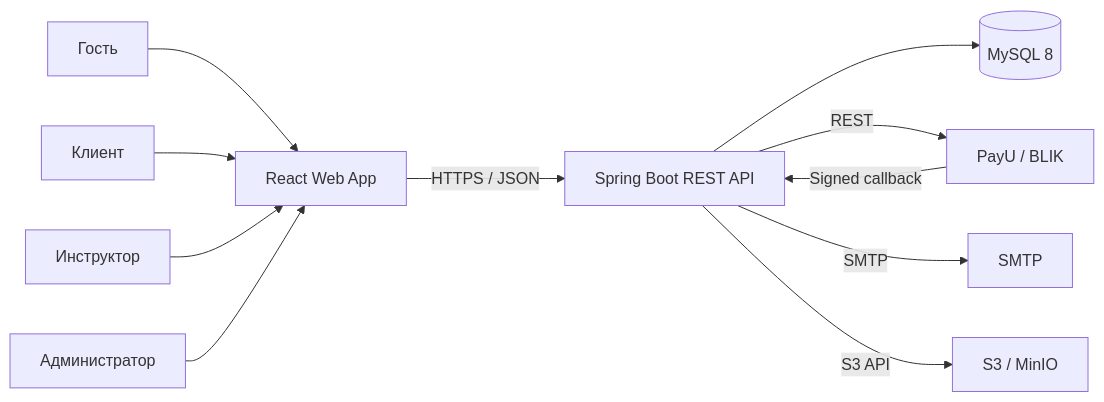
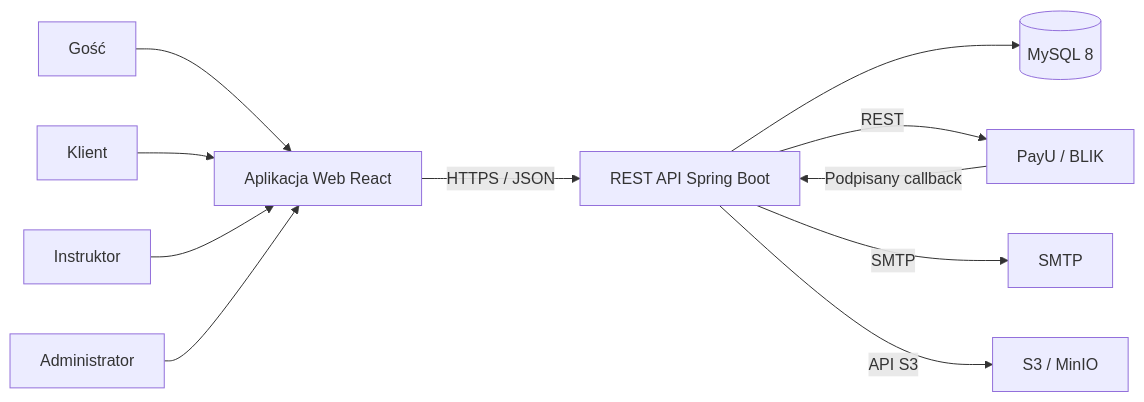
Before and after one commit to diana11diana/MKDprojekt: the first of 3 diagrams in docs/02-architecture.md, drawn with Mermaid. The commit also changed other lines of this file and 40 other files, not shown here.

````diff
--- a/docs/02-architecture.md
+++ b/docs/02-architecture.md
@@ -19,24 +19,24 @@
 ```mermaid
 flowchart LR
-    Guest[Гость]
-    Client[Клиент]
-    Instructor[Инструктор]
-    Admin[Администратор]
-    Web[React Web App]
-    API[Spring Boot REST API]
+    Guest[Gość]
+    Client[Klient]
+    Instructor[Instruktor]
+    Admin[Administrator]
+    Web[Aplikacja Web React]
+    API[REST API Spring Boot]
     DB[(MySQL 8)]
     PayU[PayU / BLIK]
     Mail[SMTP]
     Storage[S3 / MinIO]
 
     Guest --> Web
     Client --> Web
     Instructor --> Web
     Admin --> Web
     Web -->|HTTPS / JSON| API
     API --> DB
     API -->|REST| PayU
-    PayU -->|Signed callback| API
+    PayU -->|Podpisany callback| API
     API -->|SMTP| Mail
-    API -->|S3 API| Storage
+    API -->|API S3| Storage
 ```
````
